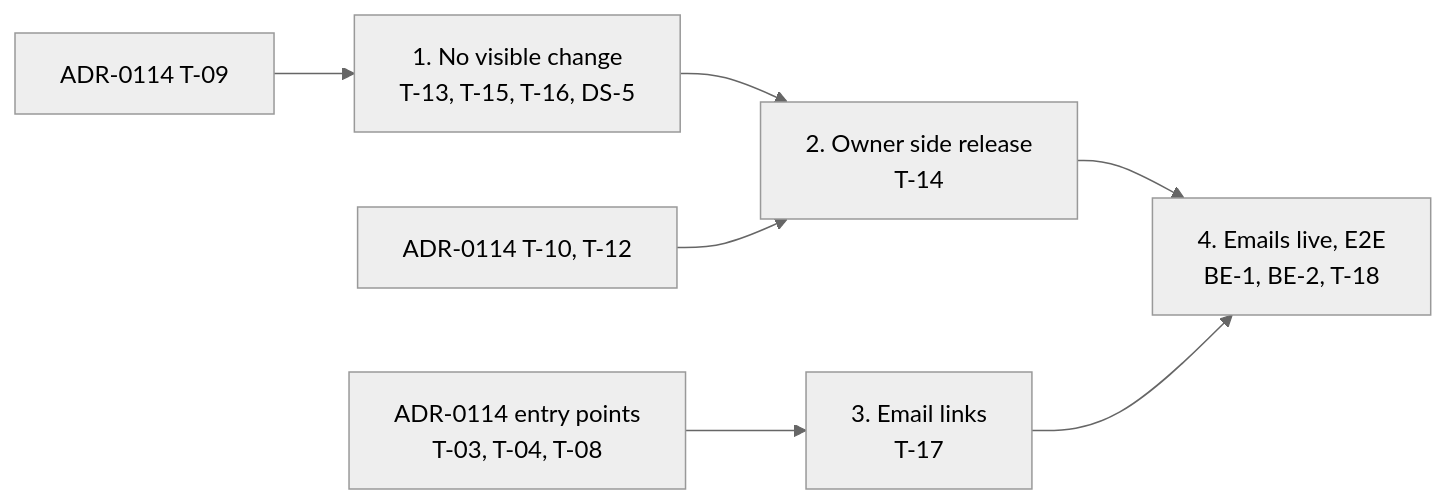
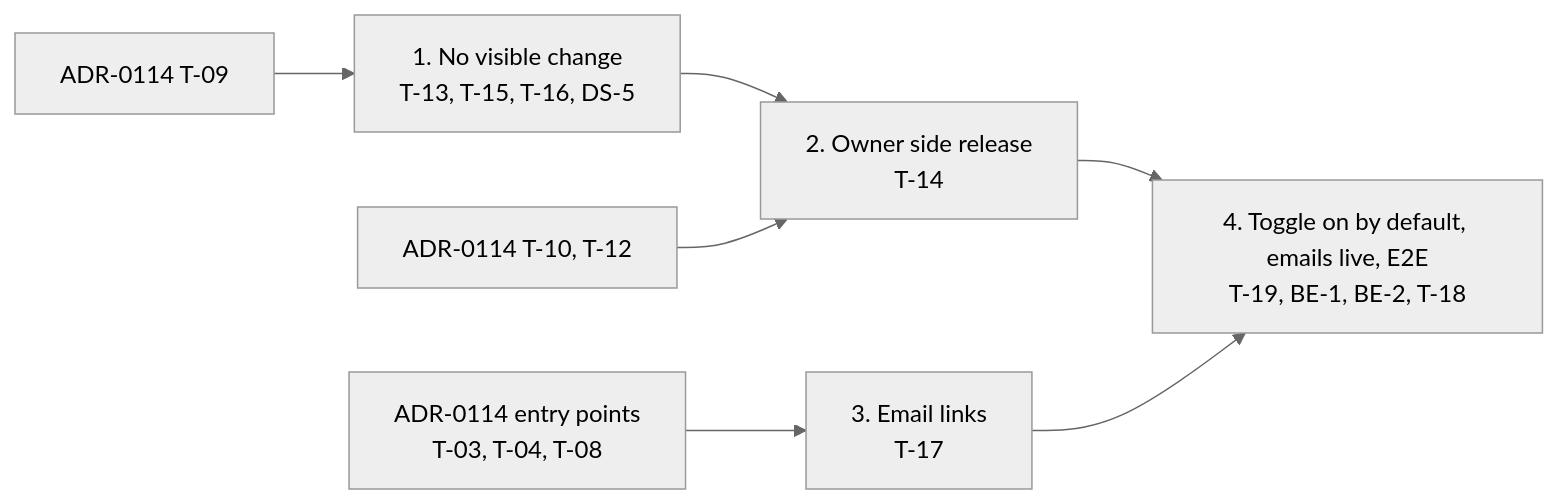
Before and after one commit to linagora/tmail-flutter: the diagram in docs/adr/0115-manage-my-delegates.md, drawn with Mermaid (neutral theme). The commit also changed other lines of this file, not shown here.

````diff
--- a/docs/adr/0115-manage-my-delegates.md
+++ b/docs/adr/0115-manage-my-delegates.md
@@ -99,7 +100,7 @@
 ```mermaid
 flowchart LR
   P1["ADR-0114 T-09"] --> S1["1. No visible change<br/>T-13, T-15, T-16, DS-5"] --> S2["2. Owner side release<br/>T-14"]
   P2["ADR-0114 T-10, T-12"] --> S2
   P3["ADR-0114 entry points<br/>T-03, T-04, T-08"] --> S3["3. Email links<br/>T-17"]
-  S2 & S3 --> S4["4. Emails live, E2E<br/>BE-1, BE-2, T-18"]
+  S2 & S3 --> S4["4. Toggle on by default, emails live, E2E<br/>T-19, BE-1, BE-2, T-18"]
 ```
````
